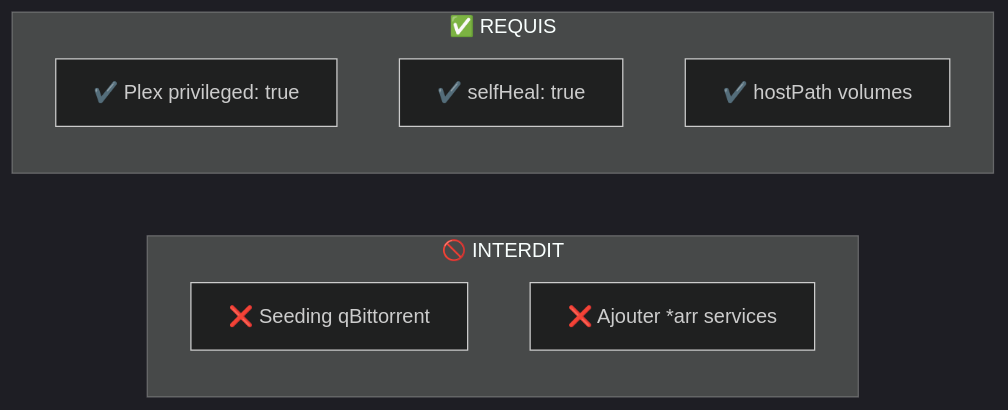
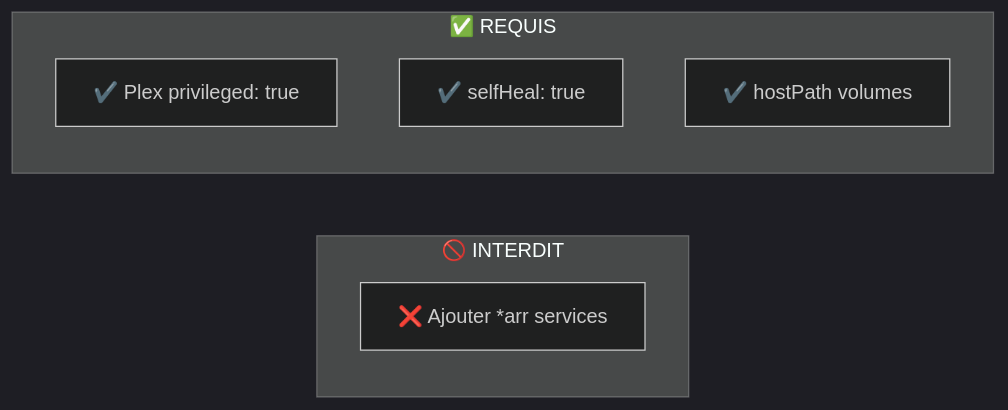
The fourth of 6 diagrams in CLAUDE.md (muchiny/media-stack-k8s), drawn with Mermaid (dark theme) before and after one commit. The commit also changed other lines of this file and 3 other files, not shown here.

````diff
--- a/CLAUDE.md
+++ b/CLAUDE.md
@@ -181,13 +181,12 @@
 ```mermaid
 flowchart LR
     subgraph "🚫 INTERDIT"
-        A[❌ Seeding qBittorrent]
         C[❌ Ajouter *arr services]
     end
 
     subgraph "✅ REQUIS"
         D[✔️ Plex privileged: true]
         E[✔️ selfHeal: true]
         F[✔️ hostPath volumes]
     end
 ```
````
